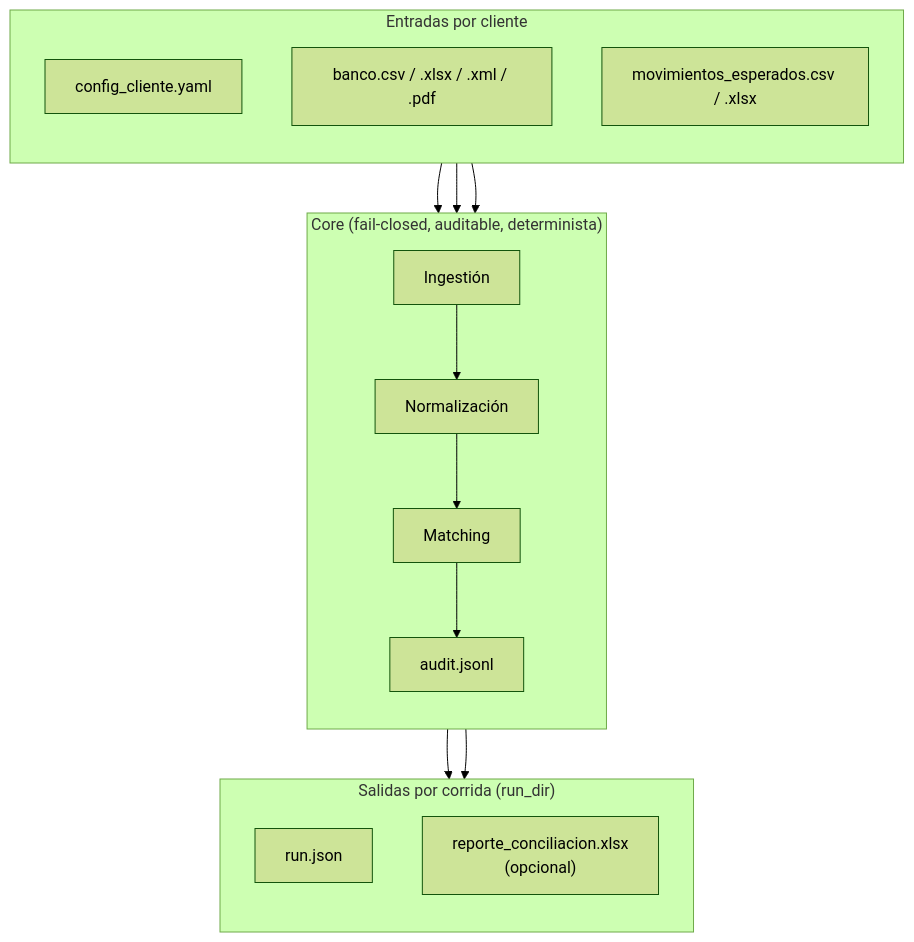
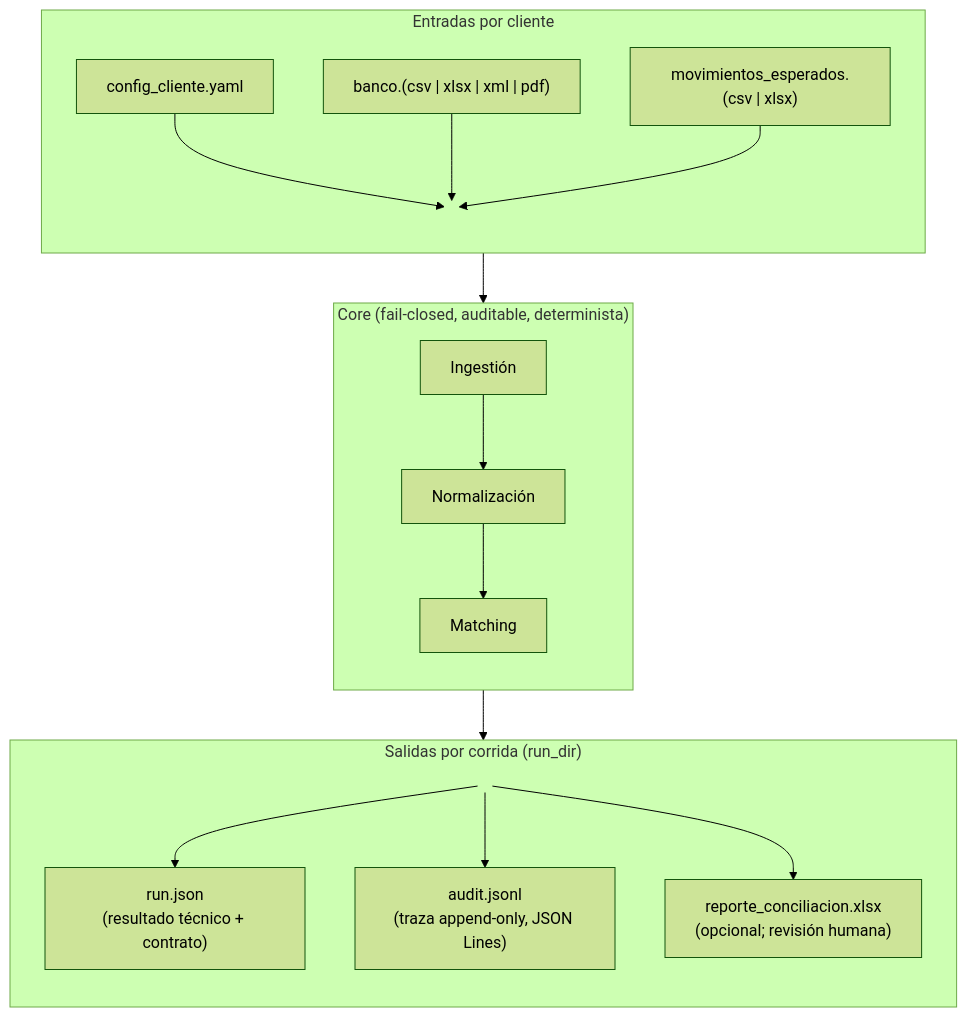
The first of 2 diagrams in README.md (cortega26/conciliador_bancario), drawn with Mermaid (forest theme) before and after one commit.

Commit message:
Mermaid graph fix

````diff
--- a/README.md
+++ b/README.md
@@ -22,30 +22,43 @@
 ```mermaid
 flowchart TB
+  %% Layout notes (GitHub Mermaid):
+  %% - Avoid edge crossings by merging multiple inputs into a single invisible hub.
+  %% - Place outputs as a dedicated subgraph and fan-out from a single invisible hub.
+
+  classDef _hub fill:none,stroke:none,color:transparent;
+
   subgraph Inputs["Entradas por cliente"]
     direction TB
-    cfg[config_cliente.yaml]
-    bank[banco.csv / .xlsx / .xml / .pdf]
-    exp[movimientos_esperados.csv / .xlsx]
+    cfg["config_cliente.yaml"]
+    bank["banco.(csv | xlsx | xml | pdf)"]
+    exp["movimientos_esperados.(csv | xlsx)"]
+    in_hub(( ))
   end
 
   subgraph Core["Core (fail-closed, auditable, determinista)"]
     direction TB
-    ing[Ingestión]
-    norm[Normalización]
-    match[Matching]
-    audit[audit.jsonl]
+    ing["Ingestión"]
+    norm["Normalización"]
+    match["Matching"]
   end
 
   subgraph Outputs["Salidas por corrida (run_dir)"]
     direction TB
-    run[run.json]
-    xlsx["reporte_conciliacion.xlsx<br/>(opcional)"]
+    out_hub(( ))
+    run["run.json<br/>(resultado técnico + contrato)"]
+    audit["audit.jsonl<br/>(traza append-only, JSON Lines)"]
+    xlsx["reporte_conciliacion.xlsx<br/>(opcional; revisión humana)"]
   end
 
-  cfg --> ing
-  bank --> ing
-  exp --> ing
-  ing --> norm --> match --> run
-  match --> audit
-  match --> xlsx
+  class in_hub,out_hub _hub;
+
+  cfg --> in_hub
+  bank --> in_hub
+  exp --> in_hub
+  in_hub --> ing
+
+  ing --> norm --> match --> out_hub
+  out_hub --> run
+  out_hub --> audit
+  out_hub --> xlsx
 ```
````
